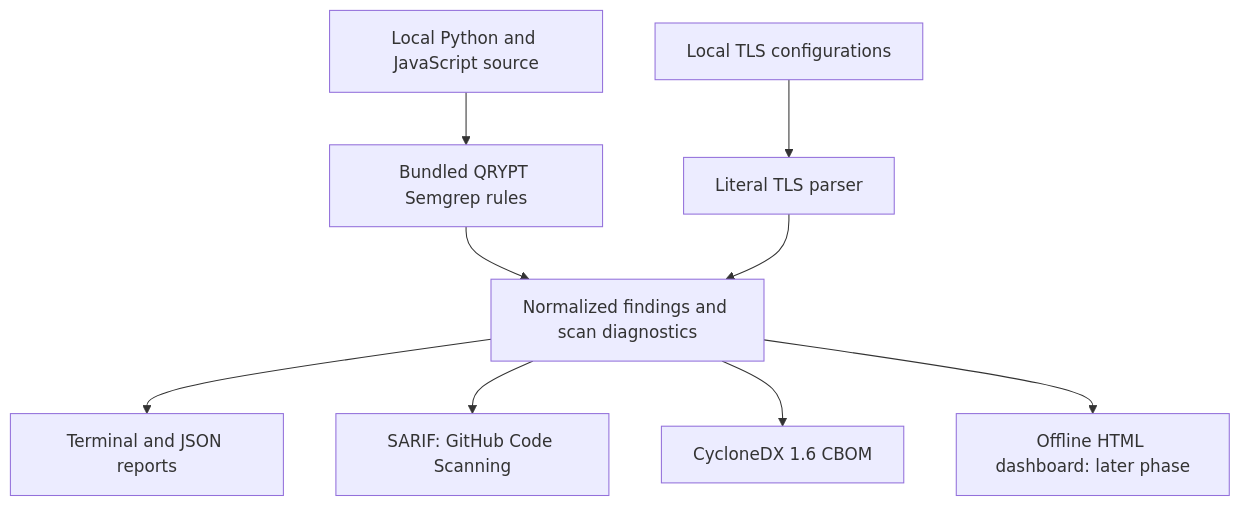
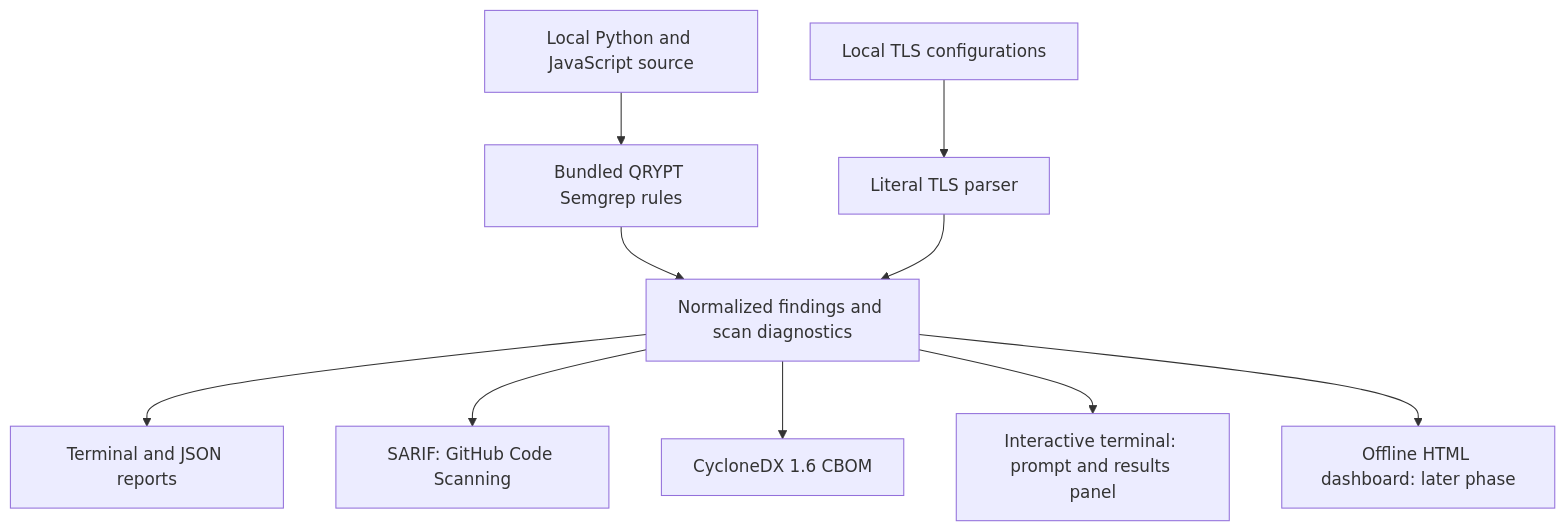
One commit to AsyraafMS/Qrypt changed the diagram in README.md. Above: the diagram before and after it, drawn with Mermaid. The commit also changed other lines of this file and 2 other files, not shown here.

Commit message:
docs: document interactive QRYPT and terminal demo

````diff
--- a/README.md
+++ b/README.md
@@ -39,11 +46,12 @@
 ```mermaid
 flowchart TD
     A[Local Python and JavaScript source] --> C[Bundled QRYPT Semgrep rules]
     B[Local TLS configurations] --> T[Literal TLS parser]
     C --> D[Normalized findings and scan diagnostics]
     T --> D
     D --> E[Terminal and JSON reports]
     D --> F[SARIF: GitHub Code Scanning]
     D --> G[CycloneDX 1.6 CBOM]
+    D --> I[Interactive terminal: prompt and results panel]
     D --> H[Offline HTML dashboard: later phase]
 ```
````
